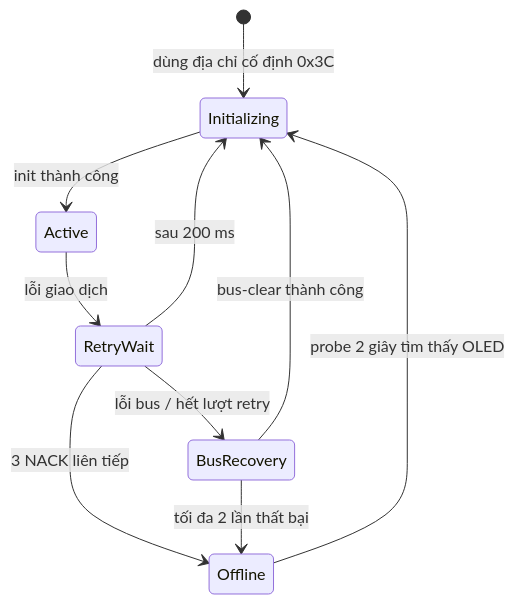
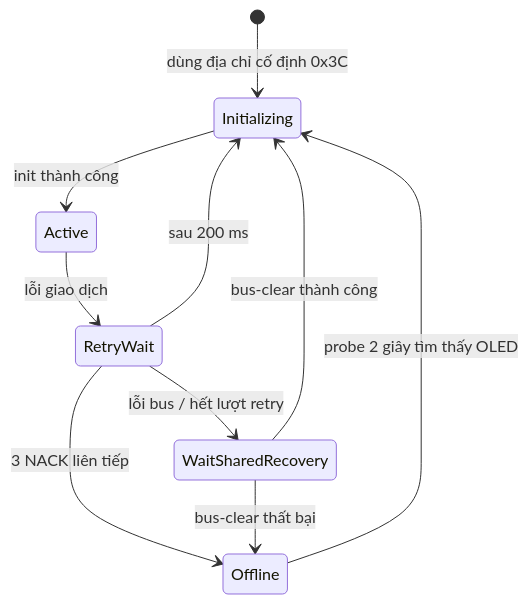
Before and after one commit to DontMindMe129/bluetooth-control-device: the fourth of 4 diagrams in docs/firmware-flow.md, drawn with Mermaid. The commit also changed other lines of this file and 45 other files, not shown here.

Commit message:
feat: expand monitoring application architecture

````diff
--- a/docs/firmware-flow.md
+++ b/docs/firmware-flow.md
@@ -78,12 +89,12 @@
 ```mermaid
 stateDiagram-v2
     [*] --> Initializing: dùng địa chỉ cố định 0x3C
     Initializing --> Active: init thành công
     Active --> RetryWait: lỗi giao dịch
     RetryWait --> Initializing: sau 200 ms
     RetryWait --> Offline: 3 NACK liên tiếp
-    RetryWait --> BusRecovery: lỗi bus / hết lượt retry
-    BusRecovery --> Initializing: bus-clear thành công
-    BusRecovery --> Offline: tối đa 2 lần thất bại
+    RetryWait --> WaitSharedRecovery: lỗi bus / hết lượt retry
+    WaitSharedRecovery --> Initializing: bus-clear thành công
+    WaitSharedRecovery --> Offline: bus-clear thất bại
     Offline --> Initializing: probe 2 giây tìm thấy OLED
 ```
````
